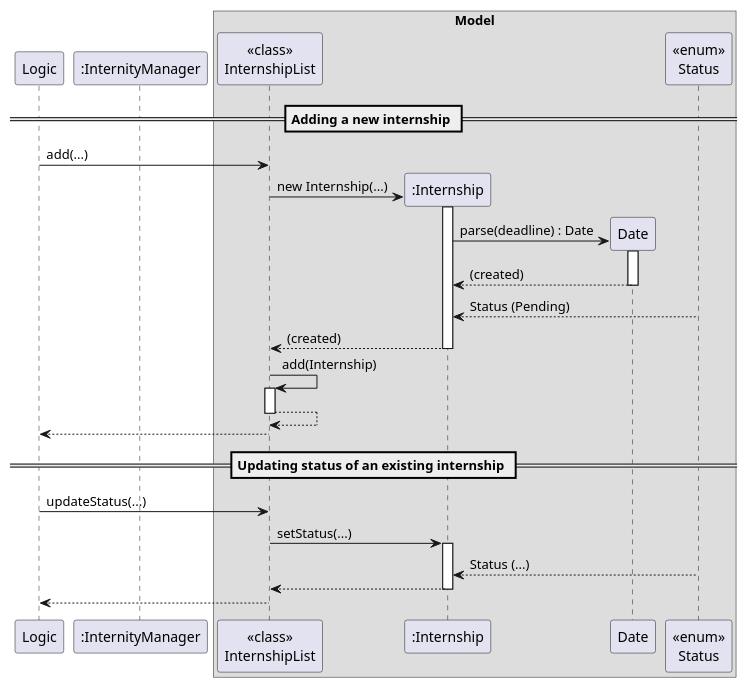
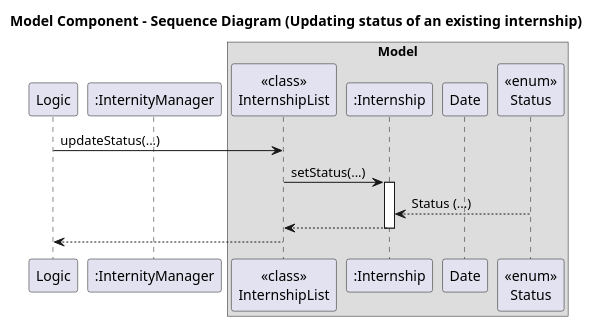
The diagram in docs/diagrams/ModelComponentSD_Update.puml (BenyAlbatross/tp), drawn with PlantUML before and after one commit. The commit also changed 3 other files, not shown here.

Commit message:
separate Model Component SD to 2 separate

```diff
--- a/docs/diagrams/ModelComponentSD_Update.puml
+++ b/docs/diagrams/ModelComponentSD_Update.puml
@@ -1,60 +1,28 @@
 @startuml
+title Model Component - Sequence Diagram (Updating status of an existing internship)
 ' Model Component Sequence Diagram
 ' Shows interactions between Logic, Model, InternshipList, Internship, Date and Status
 ' Additional abstract components: Logic (parses commands) and Storage (persists data)
 '
 participant Logic as "Logic"
 
 participant Model as ":InternityManager"
 
 box Model
 participant InternshipList as "<<class>>\nInternshipList"
 participant Internship as ":Internship"
 participant Date as "Date"
 participant Status as "<<enum>>\nStatus"
 endbox
 
-' --- Scenario 1: Adding a new internship ---
-== Adding a new internship ==
-' User types an `add` command; Logic parses and hands off a semantic request to Model
-' Model validates high-level constraints then delegates to the list component
-Logic -> InternshipList: add(...)
-' InternshipList constructs a new Internship object (calls constructor)
-create Internship
-InternshipList -> Internship: new Internship(...)
-activate Internship
-' Internship object parses and stores a Date and Status internally
-create Date
-Internship -> Date: parse(deadline) : Date
-activate Date
-Date --> Internship: (created)
-deactivate Date
-
-Internship <-- Status: Status (Pending)
-' Construction returns the Internship instance to InternshipList
-Internship --> InternshipList: (created)
-deactivate Internship
-
-' InternshipList appends to internal collection
-
-InternshipList -> InternshipList: add(Internship)
-activate InternshipList
-
-' After mutation, Model requests Storage to persist the updated list
-InternshipList --> InternshipList
-deactivate InternshipList
-
-Logic <-- InternshipList
-
 ' --- Scenario 2: Updating status of an existing internship ---
-== Updating status of an existing internship ==
 Logic -> InternshipList: updateStatus(...)
 InternshipList -> Internship: setStatus(...)
 activate Internship
 Internship <-- Status: Status (...)
 Internship --> InternshipList
 deactivate Internship
 ' Persist change
 InternshipList --> Logic
 
 @enduml
```
